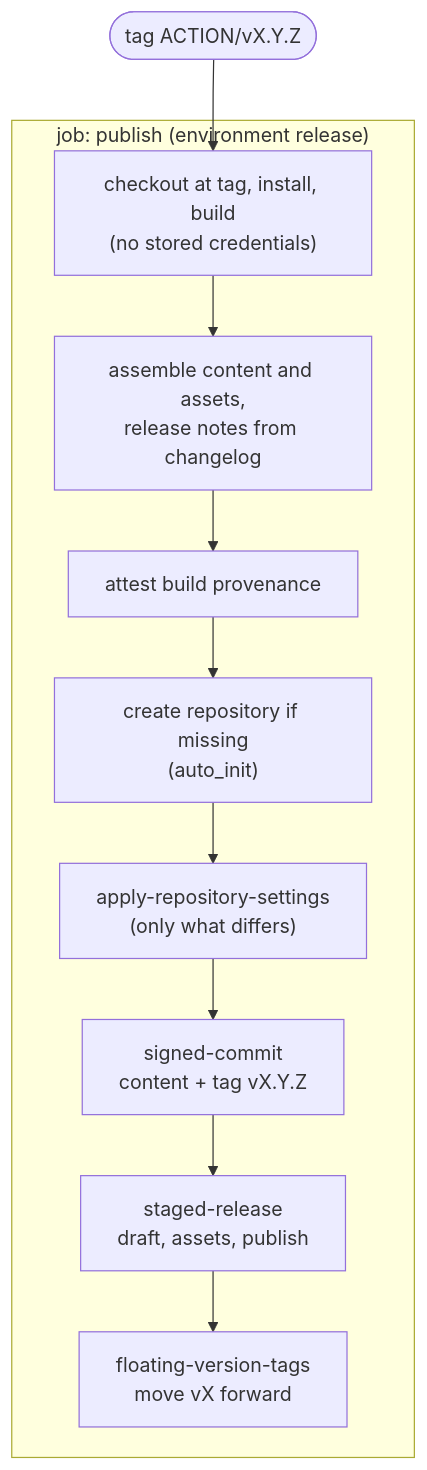
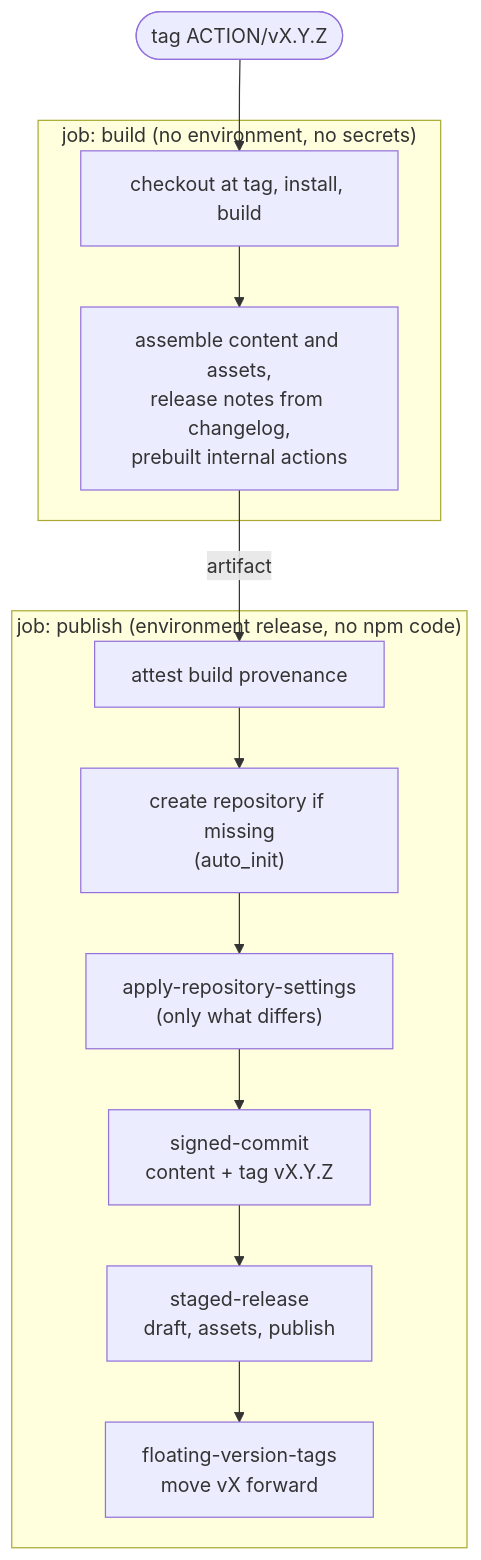
The third of 7 diagrams in ARCHITECTURE.md (simbo-actions/actions), drawn with Mermaid before and after one commit. The commit also changed other lines of this file and 11 other files, not shown here.

First line of the commit message:
ci(repo): build without credentials, use credentials without npm code

````diff
--- a/ARCHITECTURE.md
+++ b/ARCHITECTURE.md
@@ -154,17 +155,23 @@
 ```mermaid
 flowchart TD
   tag(["tag ACTION/vX.Y.Z"]) --> build
 
-  subgraph job["job: publish (environment release)"]
-    build["checkout at tag, install, build<br/>(no stored credentials)"]
-    assemble["assemble content and assets,<br/>release notes from changelog"]
+  subgraph buildJob["job: build (no environment, no secrets)"]
+    build["checkout at tag, install, build"]
+    assemble["assemble content and assets,<br/>release notes from changelog,<br/>prebuilt internal actions"]
+    build --> assemble
+  end
+
+  assemble -- "artifact" --> attest
+
+  subgraph job["job: publish (environment release, no npm code)"]
     attest["attest build provenance"]
     create["create repository if missing<br/>(auto_init)"]
     configure["apply-repository-settings<br/>(only what differs)"]
     commit["signed-commit<br/>content + tag vX.Y.Z"]
     release["staged-release<br/>draft, assets, publish"]
     floating["floating-version-tags<br/>move vX forward"]
 
-    build --> assemble --> attest --> create --> configure --> commit --> release --> floating
+    attest --> create --> configure --> commit --> release --> floating
   end
 ```
````
